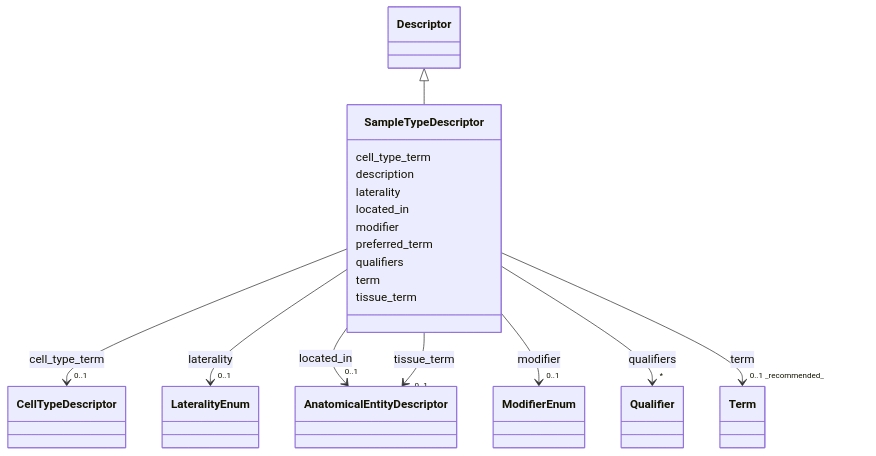
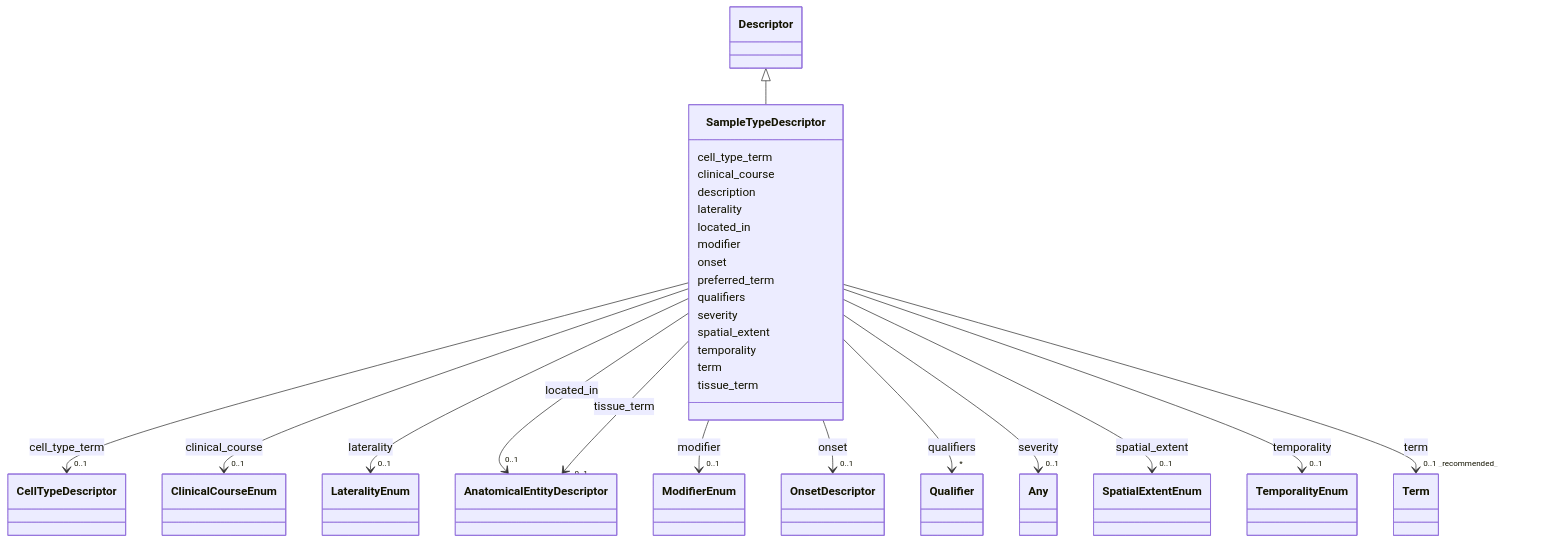
The diagram in docs/schema/classes/SampleTypeDescriptor.md (monarch-initiative/dismech), drawn with Mermaid before and after one commit. The commit also changed other lines of this file and 1343 other files, not shown here.

First line of the commit message:
docs: regenerate schema docs and point design-decisions link at rendered page

```diff
--- a/docs/schema/classes/SampleTypeDescriptor.md
+++ b/docs/schema/classes/SampleTypeDescriptor.md
@@ -30,6 +30,17 @@
         
         SampleTypeDescriptor --> "0..1" CellTypeDescriptor : cell_type_term
         click CellTypeDescriptor href "../../classes/CellTypeDescriptor/"
+    
+
+        
+      SampleTypeDescriptor : clinical_course
+        
+          
+    
+        
+        
+        SampleTypeDescriptor --> "0..1" ClinicalCourseEnum : clinical_course
+        click ClinicalCourseEnum href "../../enums/ClinicalCourseEnum/"
     
 
         
@@ -68,6 +79,17 @@
     
 
         
+      SampleTypeDescriptor : onset
+        
+          
+    
+        
+        
+        SampleTypeDescriptor --> "0..1" OnsetDescriptor : onset
+        click OnsetDescriptor href "../../classes/OnsetDescriptor/"
+    
+
+        
       SampleTypeDescriptor : preferred_term
         
       SampleTypeDescriptor : qualifiers
@@ -78,6 +100,39 @@
         
         SampleTypeDescriptor --> "*" Qualifier : qualifiers
         click Qualifier href "../../classes/Qualifier/"
+    
+
+        
+      SampleTypeDescriptor : severity
+        
+          
+    
+        
+        
+        SampleTypeDescriptor --> "0..1" Any : severity
+        click Any href "../../classes/Any/"
+    
+
+        
+      SampleTypeDescriptor : spatial_extent
+        
+          
+    
+        
+        
+        SampleTypeDescriptor --> "0..1" SpatialExtentEnum : spatial_extent
+        click SpatialExtentEnum href "../../enums/SpatialExtentEnum/"
+    
+
+        
+      SampleTypeDescriptor : temporality
+        
+          
+    
+        
+        
+        SampleTypeDescriptor --> "0..1" TemporalityEnum : temporality
+        click TemporalityEnum href "../../enums/TemporalityEnum/"
     
 
         
```
